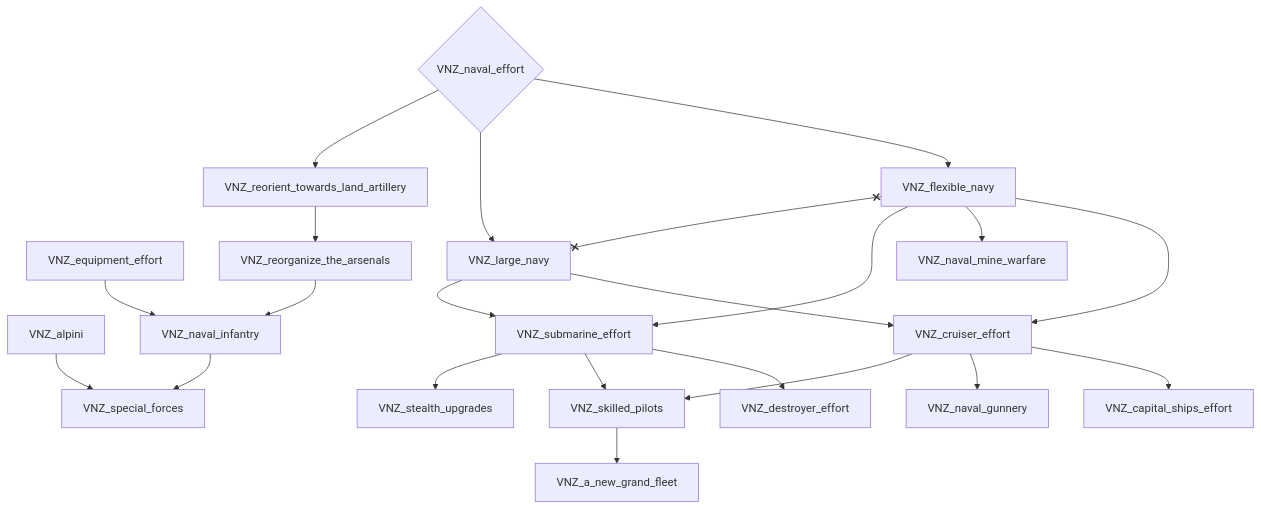
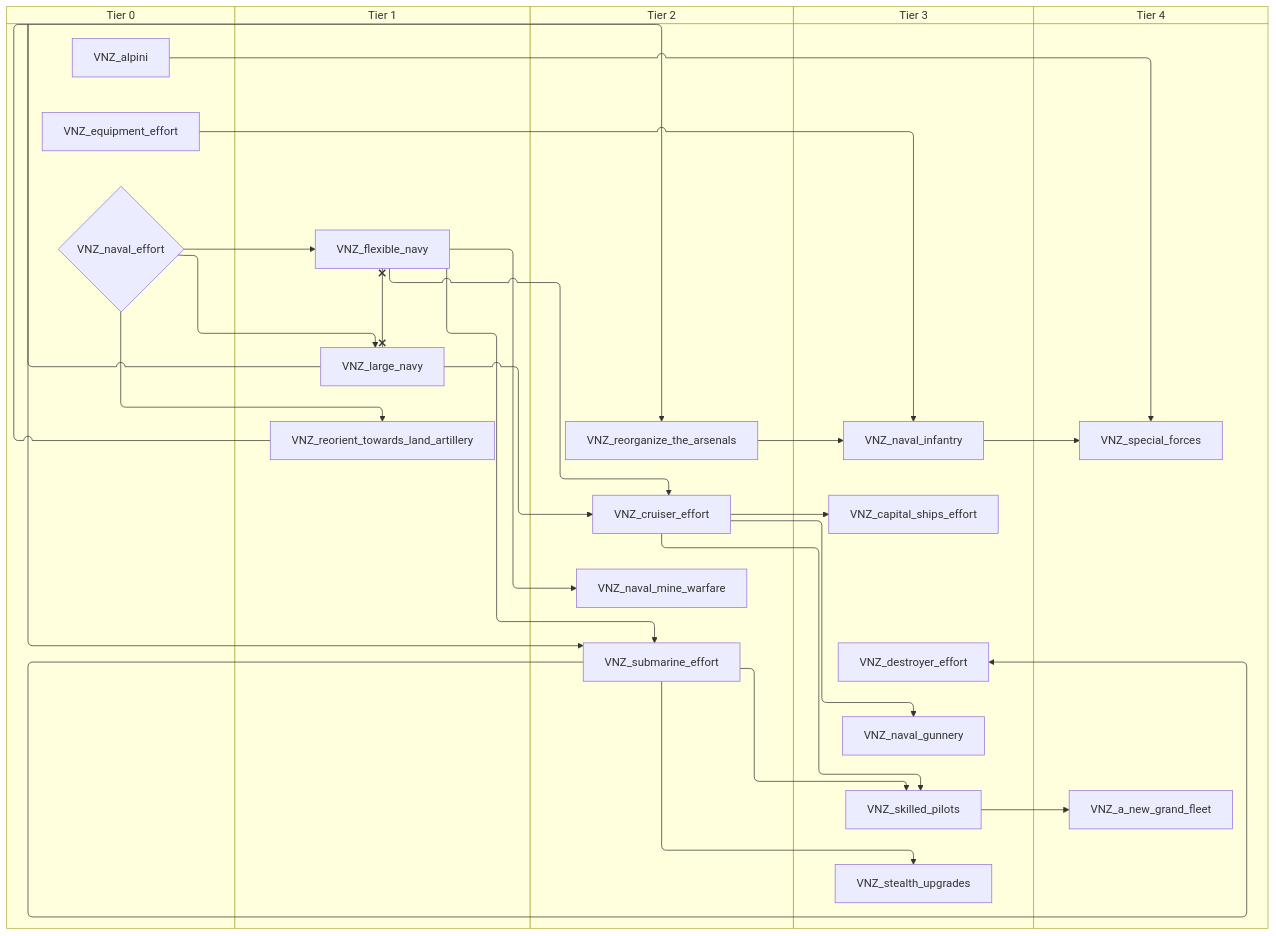
The fourth of 5 diagrams in docs/gdd/National Focuses/r56/venice.md (evgeny-sobol/hoi4-sandbox-mode-r56), drawn with Mermaid before and after one commit. The commit also changed other lines of this file and 423 other files, not shown here.

First line of the commit message:
Re-export Rt56 focus trees as swimlane diagrams

````diff
--- a/docs/gdd/National Focuses/r56/venice.md
+++ b/docs/gdd/National Focuses/r56/venice.md
@@ -138,42 +172,52 @@
 ```mermaid
-flowchart TD
-    n52["VNZ_a_new_grand_fleet"]
-    n1["VNZ_alpini"]
-    n53["VNZ_capital_ships_effort"]
-    n54["VNZ_cruiser_effort"]
-    n55["VNZ_destroyer_effort"]
-    n6["VNZ_equipment_effort"]
-    n56["VNZ_flexible_navy"]
-    n57["VNZ_large_navy"]
-    n58{"VNZ_naval_effort"}
-    n59["VNZ_naval_gunnery"]
-    n15["VNZ_naval_infantry"]
-    n60["VNZ_naval_mine_warfare"]
-    n16["VNZ_reorganize_the_arsenals"]
-    n61["VNZ_reorient_towards_land_artillery"]
-    n62["VNZ_skilled_pilots"]
-    n17["VNZ_special_forces"]
-    n63["VNZ_stealth_upgrades"]
-    n64["VNZ_submarine_effort"]
-    n62 --> n52
-    n54 --> n53
-    n57 --> n54
-    n56 --> n54
-    n64 --> n55
-    n58 --> n56
-    n58 --> n57
-    n54 --> n59
-    n16 --> n15
-    n6 --> n15
-    n56 --> n60
-    n61 --> n16
-    n58 --> n61
-    n64 --> n62
-    n54 --> n62
-    n1 --> n17
-    n15 --> n17
-    n64 --> n63
-    n56 --> n64
-    n57 --> n64
-    n56 x--x n57
+swimlane-beta TD
+    subgraph tier_0["Tier 0"]
+        n16["VNZ_alpini"]
+        n4["VNZ_equipment_effort"]
+        n52{"VNZ_naval_effort"}
+    end
+    subgraph tier_1["Tier 1"]
+        n53["VNZ_flexible_navy"]
+        n54["VNZ_large_navy"]
+        n55["VNZ_reorient_towards_land_artillery"]
+    end
+    subgraph tier_2["Tier 2"]
+        n56["VNZ_cruiser_effort"]
+        n57["VNZ_naval_mine_warfare"]
+        n2["VNZ_reorganize_the_arsenals"]
+        n58["VNZ_submarine_effort"]
+    end
+    subgraph tier_3["Tier 3"]
+        n59["VNZ_capital_ships_effort"]
+        n60["VNZ_destroyer_effort"]
+        n61["VNZ_naval_gunnery"]
+        n11["VNZ_naval_infantry"]
+        n62["VNZ_skilled_pilots"]
+        n63["VNZ_stealth_upgrades"]
+    end
+    subgraph tier_4["Tier 4"]
+        n64["VNZ_a_new_grand_fleet"]
+        n17["VNZ_special_forces"]
+    end
+    n62 --> n64
+    n56 --> n59
+    n54 --> n56
+    n53 --> n56
+    n58 --> n60
+    n52 --> n53
+    n52 --> n54
+    n56 --> n61
+    n2 --> n11
+    n4 --> n11
+    n53 --> n57
+    n55 --> n2
+    n52 --> n55
+    n58 --> n62
+    n56 --> n62
+    n16 --> n17
+    n11 --> n17
+    n58 --> n63
+    n53 --> n58
+    n54 --> n58
+    n53 x--x n54
 ```
````
